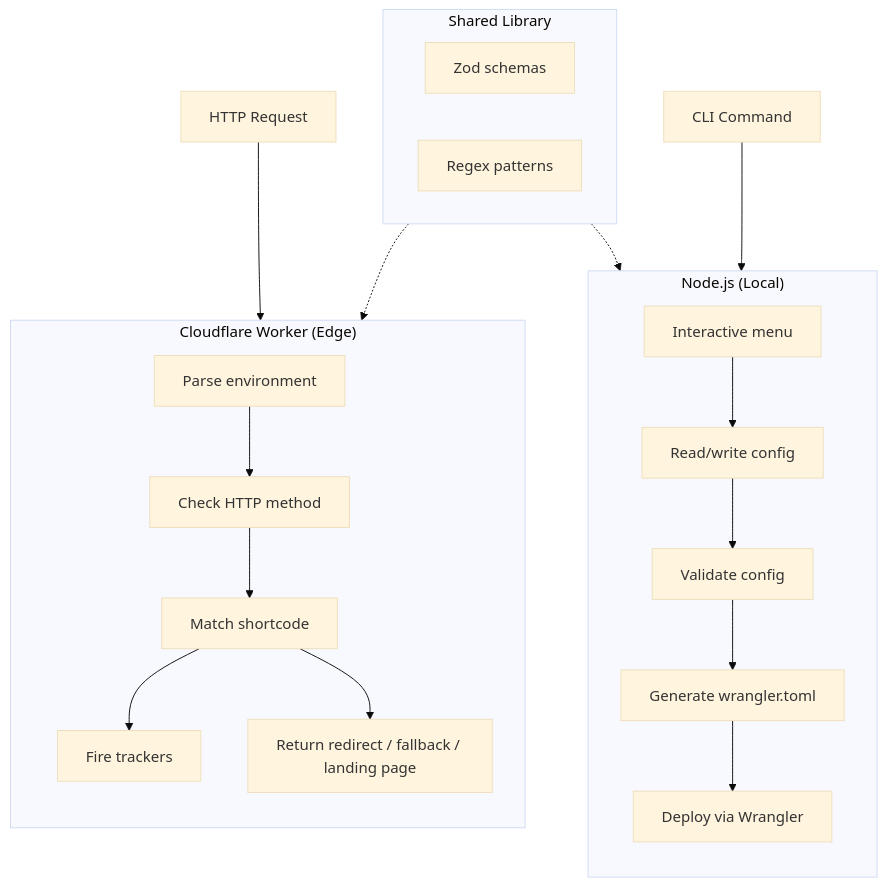
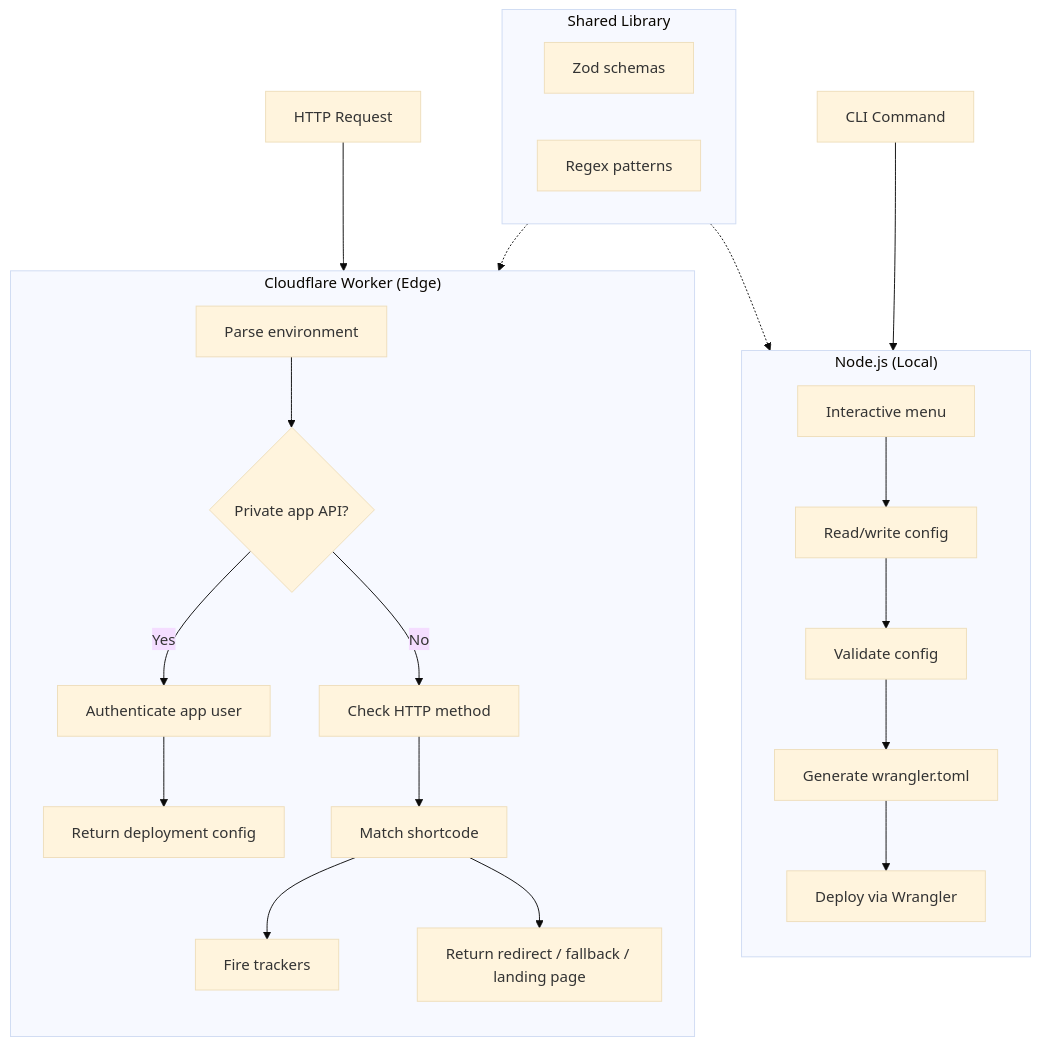
One commit to cbnventures/branded-short-links changed the first of 3 diagrams in apps/docs/docs/reference/architecture.mdx. Above: the diagram before and after it, drawn with Mermaid (base theme). The commit also changed other lines of this file and 58 other files, not shown here.

Commit message:
Add private app access, manage app credentials, normalize configuration, upgrade Nova, and standardize project structure

````diff
--- a/apps/docs/docs/reference/architecture.mdx
+++ b/apps/docs/docs/reference/architecture.mdx
@@ -30,28 +30,31 @@
 ```mermaid
 graph TD
     subgraph Edge["Cloudflare Worker (Edge)"]
         direction TB
-        A1[Parse environment] --> A2[Check HTTP method]
-        A2 --> A3[Match shortcode]
-        A3 --> A4[Fire trackers]
-        A3 --> A5[Return redirect / fallback / landing page]
+        A1[Parse environment] --> A2{Private app API?}
+        A2 -->|Yes| A6[Authenticate app user]
+        A6 --> A7[Return deployment config]
+        A2 -->|No| A3[Check HTTP method]
+        A3 --> A4[Match shortcode]
+        A4 --> A5[Fire trackers]
+        A4 --> A8[Return redirect / fallback / landing page]
     end
 
     subgraph Local["Node.js (Local)"]
         direction TB
         B1[Interactive menu] --> B2[Read/write config]
         B2 --> B3[Validate config]
         B3 --> B4[Generate wrangler.toml]
         B4 --> B5[Deploy via Wrangler]
     end
 
     subgraph Shared["Shared Library"]
         C1[Zod schemas]
         C2[Regex patterns]
     end
 
     HTTP[HTTP Request] --> Edge
     CLI[CLI Command] --> Local
     Shared -.-> Edge
     Shared -.-> Local
 ```
````
